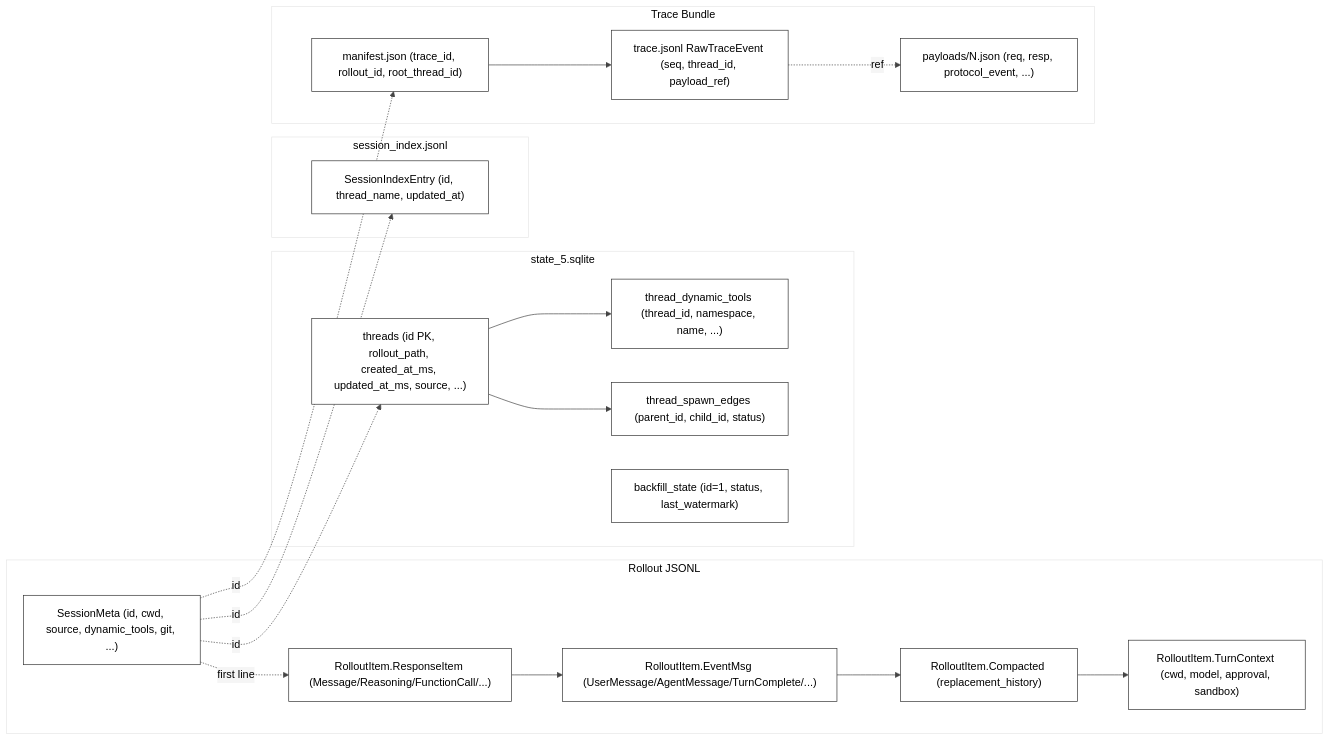
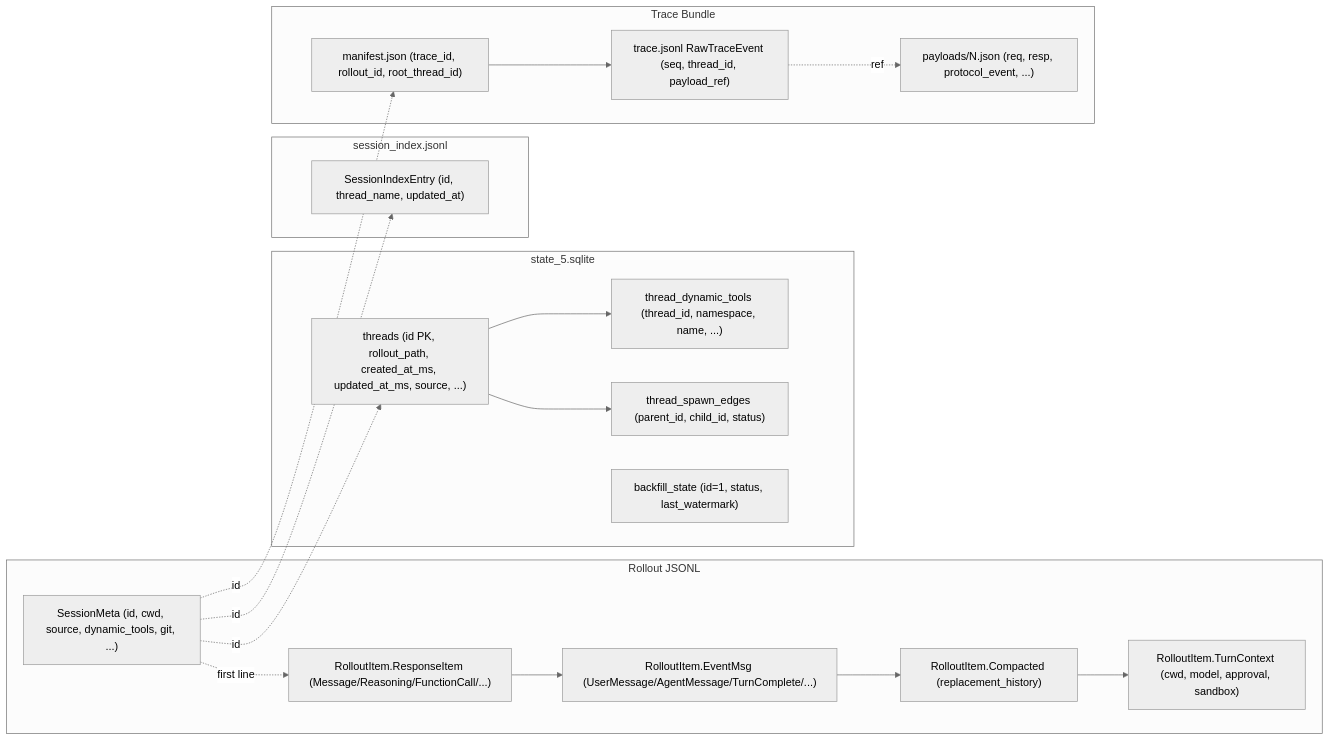
One commit to GLBB/codex-source-analysis changed the fifth of 6 diagrams in Part II Source Analysis/19-会话与轨迹持久化.md. Above: the diagram before and after it, drawn with Mermaid. The commit also changed other lines of this file and 29 other files, not shown here.

````diff
--- a/Part II Source Analysis/19-会话与轨迹持久化.md
+++ b/Part II Source Analysis/19-会话与轨迹持久化.md
@@ -928,40 +928,40 @@
 ```mermaid
-%%{init: {"theme": "base", "themeCSS": "svg { background: #ffffff !important; } .label, .nodeLabel, .edgeLabel, text { color: #000000 !important; fill: #000000 !important; }", "themeVariables": {"background": "#ffffff", "mainBkg": "#ffffff", "primaryColor": "#f5f5f5", "primaryTextColor": "#000000", "primaryBorderColor": "#333333", "lineColor": "#444444", "textColor": "#000000", "fontFamily": "Helvetica"}}}%%
+%%{init:{'theme':'neutral','themeVariables':{'background':'#ffffff'}}}%%
 flowchart LR
     subgraph L1JSONL["Rollout JSONL"]
         SessionMeta["SessionMeta (id, cwd, source, dynamic_tools, git, ...)"]
         ResponseItem["RolloutItem.ResponseItem (Message/Reasoning/FunctionCall/...)"]
         EventMsg["RolloutItem.EventMsg (UserMessage/AgentMessage/TurnComplete/...)"]
         Compacted["RolloutItem.Compacted (replacement_history)"]
         TurnContext["RolloutItem.TurnContext (cwd, model, approval, sandbox)"]
         SessionMeta -.first line.-> ResponseItem
         ResponseItem --> EventMsg
         EventMsg --> Compacted
         Compacted --> TurnContext
     end
 
     subgraph L2SQLite["state_5.sqlite"]
         Threads["threads (id PK, rollout_path, created_at_ms, updated_at_ms, source, ...)"]
         DynTools["thread_dynamic_tools (thread_id, namespace, name, ...)"]
         SpawnEdges["thread_spawn_edges (parent_id, child_id, status)"]
         Backfill["backfill_state (id=1, status, last_watermark)"]
         Threads --> DynTools
         Threads --> SpawnEdges
     end
 
     subgraph L2Sidecar["session_index.jsonl"]
         Entry["SessionIndexEntry (id, thread_name, updated_at)"]
     end
 
     subgraph L3Trace["Trace Bundle"]
         Manifest["manifest.json (trace_id, rollout_id, root_thread_id)"]
         TraceJsonl["trace.jsonl RawTraceEvent (seq, thread_id, payload_ref)"]
         Payloads["payloads/N.json (req, resp, protocol_event, ...)"]
         Manifest --> TraceJsonl
         TraceJsonl -. ref .-> Payloads
     end
 
     SessionMeta -. id .-> Threads
     SessionMeta -. id .-> Entry
     SessionMeta -. id .-> Manifest
 ```
````
